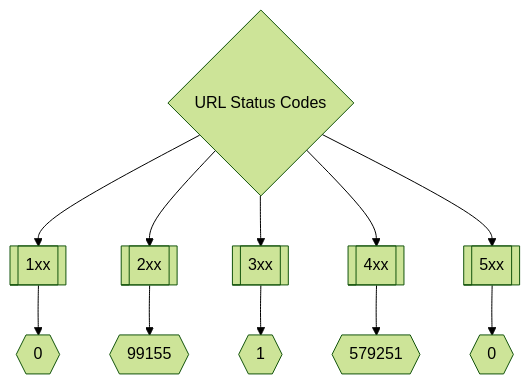
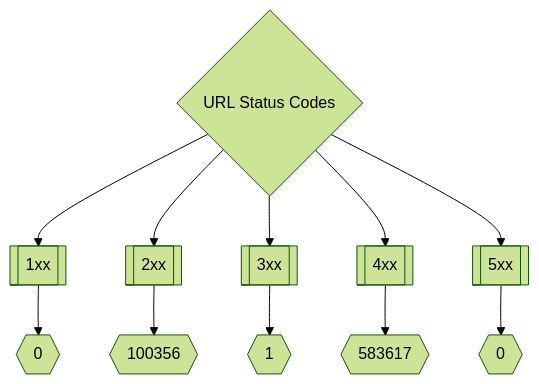
Before and after one commit to trickest/inventory: the second of 3 diagrams in README.md, drawn with Mermaid (forest theme). The commit also changed other lines of this file, not shown here.

Commit message:
Update README.md Mon Jul 25 01:50:56 UTC 2022

````diff
--- a/README.md
+++ b/README.md
@@ -175,8 +175,8 @@
 ```mermaid
 graph TD
 title{URL Status Codes} --> 1xx[[1xx]] --> status1xxNum{{0}}
-title --> 2xx[[2xx]] --> status2xxNum{{99155}}
+title --> 2xx[[2xx]] --> status2xxNum{{100356}}
 title --> 3xx[[3xx]] --> status3xxNum{{1}}
-title --> 4xx[[4xx]] --> status4xxNum{{579251}}
+title --> 4xx[[4xx]] --> status4xxNum{{583617}}
 title --> 5xx[[5xx]] --> status5xxNum{{0}}
 ```
````
